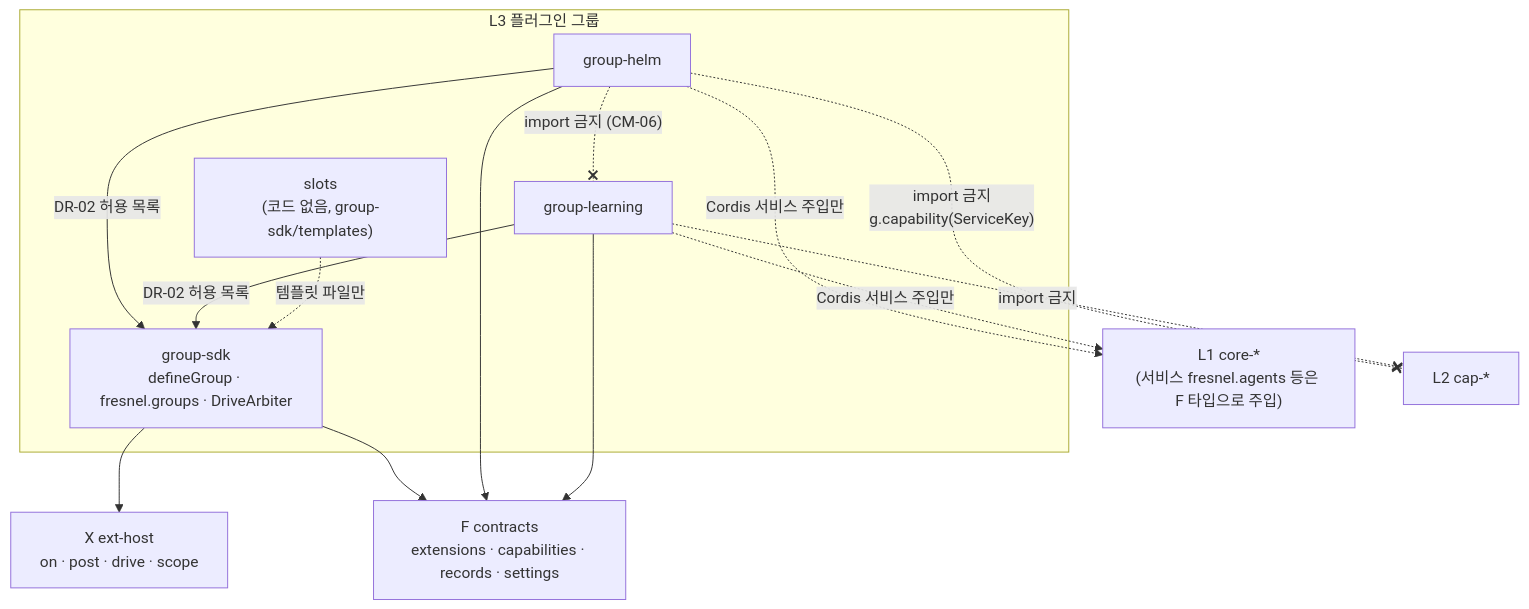
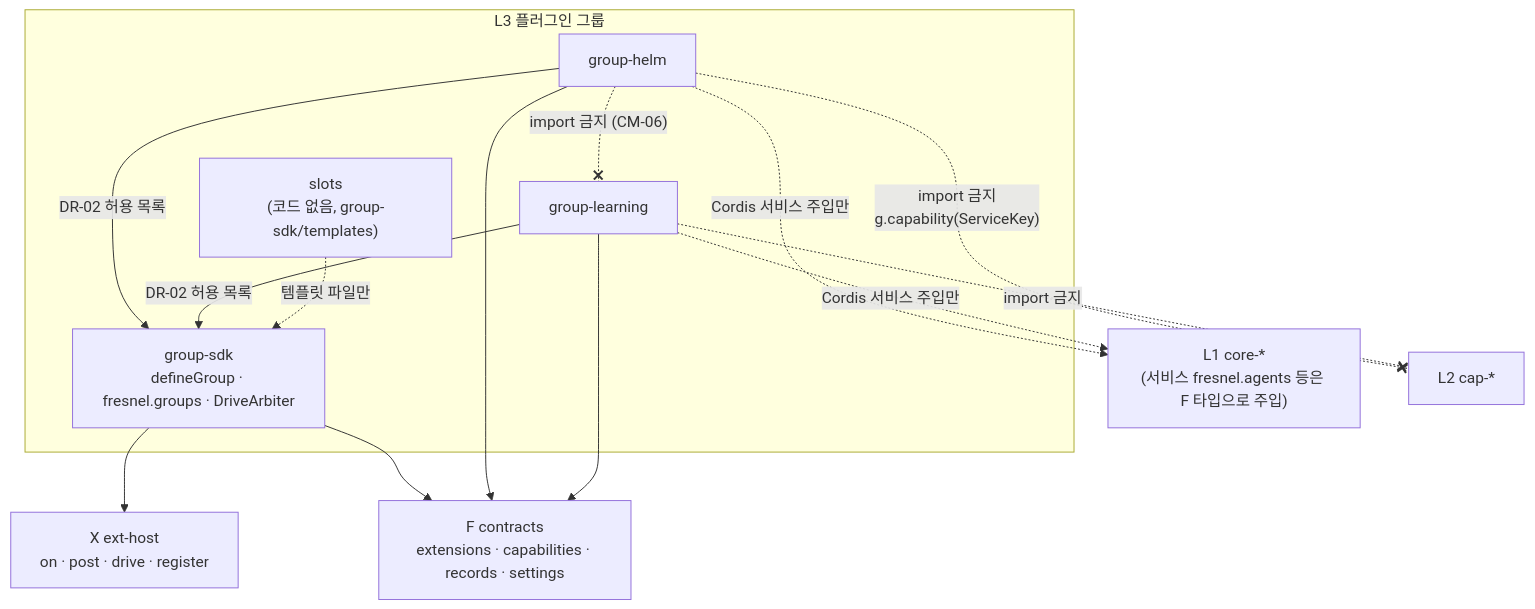
The first of 2 diagrams in docs/xeon/L3/README.md (Rengod95/Helm-Agent_Docs_OS), drawn with Mermaid before and after one commit. The commit also changed other lines of this file and 86 other files, not shown here.

````diff
--- a/docs/xeon/L3/README.md
+++ b/docs/xeon/L3/README.md
@@ -57,26 +57,26 @@
 ```mermaid
 flowchart TD
   subgraph L3["L3 플러그인 그룹"]
     kit["group-sdk<br/>defineGroup · fresnel.groups · DriveArbiter"]
     helm["group-helm"]
     learn["group-learning"]
     slots["slots<br/>(코드 없음, group-sdk/templates)"]
   end
   F["F contracts<br/>extensions · capabilities · records · settings"]
-  X["X ext-host<br/>on · post · drive · scope"]
+  X["X ext-host<br/>on · post · drive · register"]
   L1["L1 core-*<br/>(서비스 fresnel.agents 등은 F 타입으로 주입)"]
   CAP["L2 cap-*"]
 
   helm -->|"DR-02 허용 목록"| kit
   learn -->|"DR-02 허용 목록"| kit
   slots -.->|"템플릿 파일만"| kit
   kit --> X
   kit --> F
   helm --> F
   learn --> F
   helm -.->|"Cordis 서비스 주입만"| L1
   learn -.->|"Cordis 서비스 주입만"| L1
   helm -. "import 금지<br/>g.capability(ServiceKey)" .-x CAP
   learn -. "import 금지" .-x CAP
   helm -. "import 금지 (CM-06)" .-x learn
 ```
````
